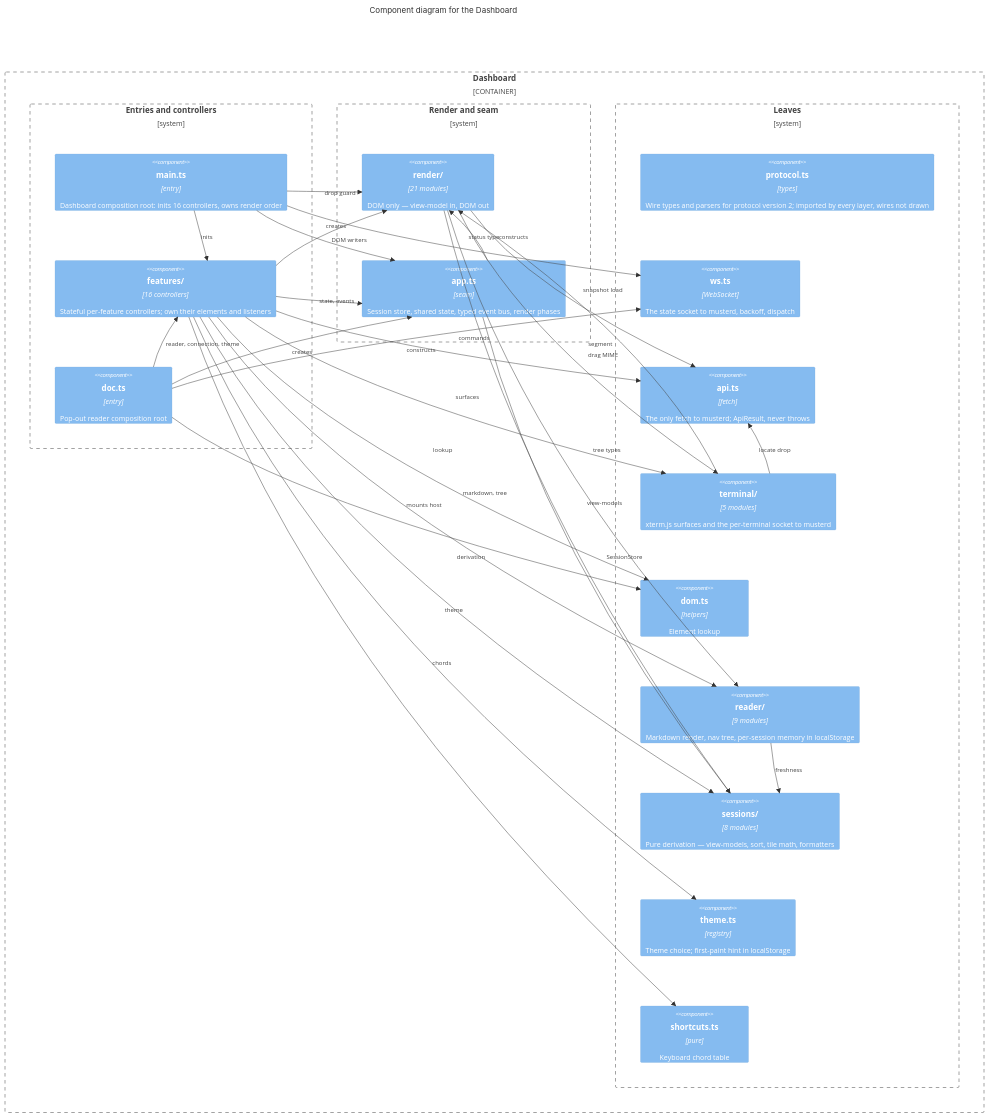
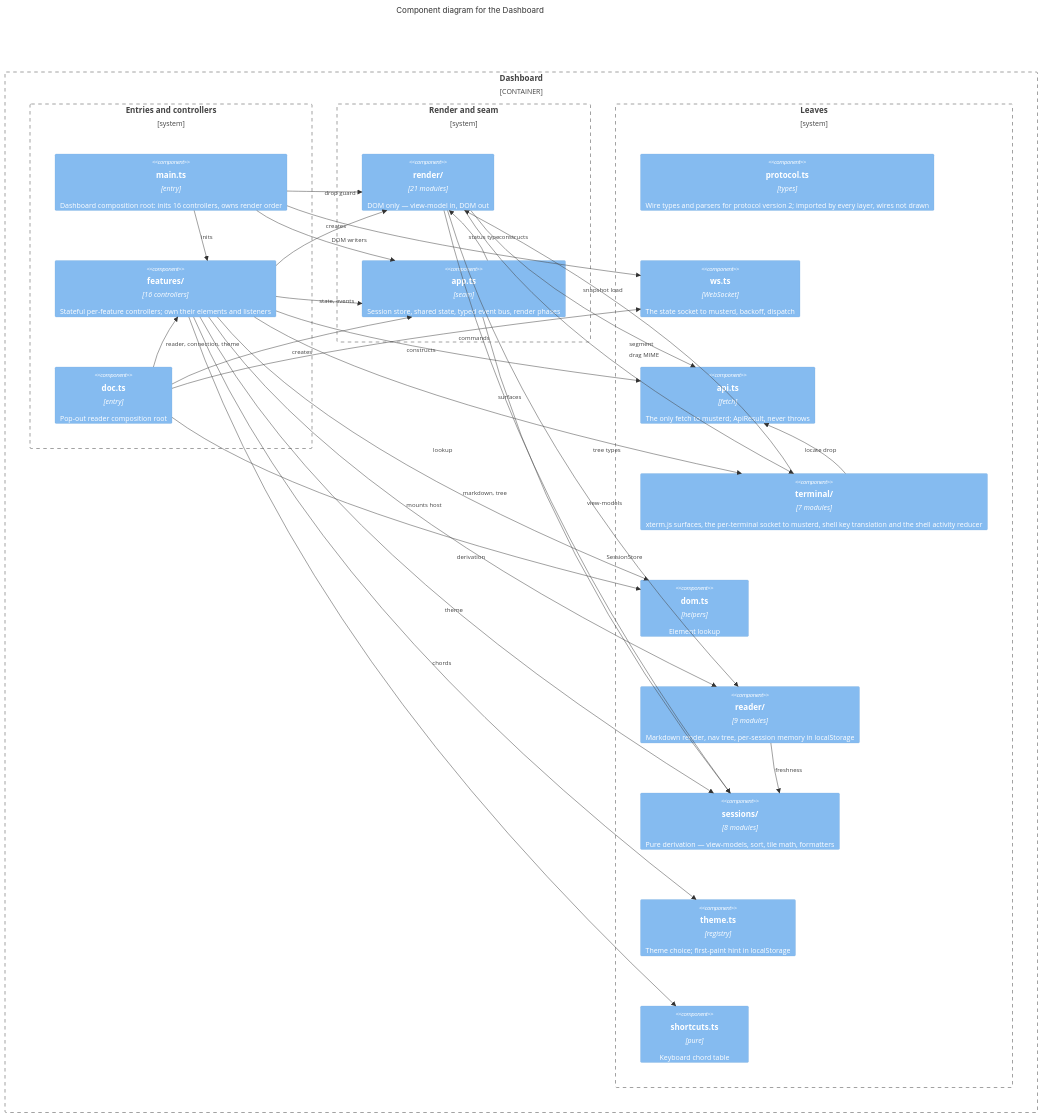
One commit to Zalaras/muster changed the diagram in docs/diagrams/web-components.md. Above: the diagram before and after it, drawn with Mermaid. The commit also changed 84 other files, not shown here.

Commit message:
feat(shell): activity indicator, word-jump keys and wheel scrollback (closes #31, closes #33, closes #45)

````diff
--- a/docs/diagrams/web-components.md
+++ b/docs/diagrams/web-components.md
@@ -33,63 +33,63 @@
 ```mermaid
 C4Component
     title Component diagram for the Dashboard
 
     Container_Boundary(dashboard, "Dashboard") {
         Boundary(ctl, "Entries and controllers") {
             Component(main, "main.ts", "entry", "Dashboard composition root: inits 16 controllers, owns render order")
             Component(features, "features/", "16 controllers", "Stateful per-feature controllers; own their elements and listeners")
             Component(doc, "doc.ts", "entry", "Pop-out reader composition root")
         }
         Boundary(rnd, "Render and seam") {
             Component(render, "render/", "21 modules", "DOM only — view-model in, DOM out")
             Component(app, "app.ts", "seam", "Session store, shared state, typed event bus, render phases")
         }
         Boundary(leaves, "Leaves") {
             Component(protocol, "protocol.ts", "types", "Wire types and parsers for protocol version 2; imported by every layer, wires not drawn")
             Component(ws, "ws.ts", "WebSocket", "The state socket to musterd, backoff, dispatch")
             Component(api, "api.ts", "fetch", "The only fetch to musterd; ApiResult, never throws")
-            Component(terminal, "terminal/", "5 modules", "xterm.js surfaces and the per-terminal socket to musterd")
+            Component(terminal, "terminal/", "7 modules", "xterm.js surfaces, the per-terminal socket to musterd, shell key translation and the shell activity reducer")
             Component(dom, "dom.ts", "helpers", "Element lookup")
             Component(reader, "reader/", "9 modules", "Markdown render, nav tree, per-session memory in localStorage")
             Component(sessions, "sessions/", "8 modules", "Pure derivation — view-models, sort, tile math, formatters")
             Component(theme, "theme.ts", "registry", "Theme choice; first-paint hint in localStorage")
             Component(shortcuts, "shortcuts.ts", "pure", "Keyboard chord table")
         }
     }
 
     Rel(main, features, "inits")
     Rel(main, ws, "constructs")
     Rel(main, app, "creates")
     Rel(main, render, "drop guard")
     Rel(doc, features, "reader, connection, theme")
     Rel(doc, ws, "constructs")
     Rel(doc, dom, "mounts host")
     Rel(doc, app, "creates")
 
     Rel(features, render, "DOM writers")
     Rel(features, api, "commands")
     Rel(features, terminal, "surfaces")
     Rel(features, reader, "markdown, tree")
     Rel(features, sessions, "derivation")
     Rel(features, app, "state, events")
     Rel(features, dom, "lookup")
     Rel(features, theme, "theme")
     Rel(features, shortcuts, "chords")
 
     Rel(render, api, "snapshot load")
     Rel(render, terminal, "segment")
     Rel(render, reader, "tree types")
     Rel(render, sessions, "view-models")
     Rel(terminal, api, "locate drop")
     Rel(terminal, render, "drag MIME")
     Rel(reader, sessions, "freshness")
     Rel(app, sessions, "SessionStore")
     Rel(app, render, "status type")
 
     UpdateRelStyle(main, app, $offsetY="-22")
     UpdateRelStyle(main, ws, $offsetX="70", $offsetY="-10")
     UpdateRelStyle(features, reader, $offsetY="-20")
     UpdateRelStyle(terminal, render, $offsetY="22")
     UpdateRelStyle(features, api, $offsetY="-18")
     UpdateLayoutConfig($c4ShapeInRow="1", $c4BoundaryInRow="3")
 ```
````
